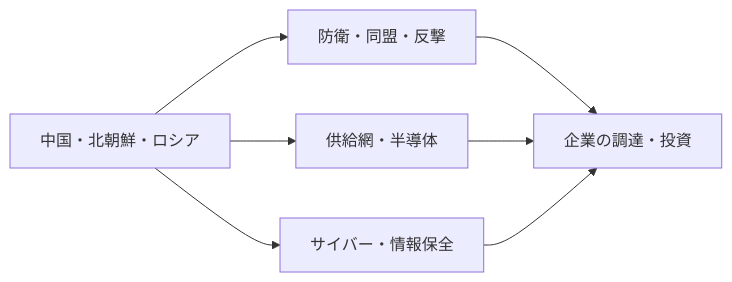
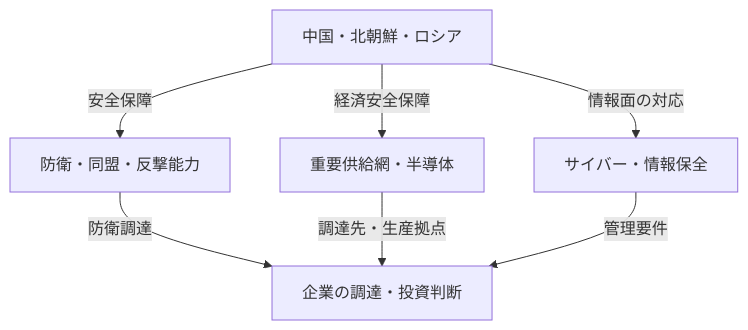
Before and after one commit to daylight55/research: the diagram in articles/report/japan-security-economic-security/ja/index.mdx, drawn with Mermaid. The commit also changed 181 other files, not shown here.

First line of the commit message:
全記事の図解368点を再生成し、共通注意書きを削除 (#402)

````diff
--- a/articles/report/japan-security-economic-security/ja/index.mdx
+++ b/articles/report/japan-security-economic-security/ja/index.mdx
@@ -28,9 +28,16 @@
 ```mermaid
-flowchart LR
-  Threat["中国・北朝鮮・ロシア"] --> Defense["防衛・同盟・反撃"]
-  Threat --> Supply["供給網・半導体"]
-  Threat --> Cyber["サイバー・情報保全"]
-  Defense --> Firms["企業の調達・投資"]
-  Supply --> Firms
-  Cyber --> Firms
+flowchart TD
+  accTitle: 安全保障の変化が企業の調達・投資へ届く
+  accDescr: 防衛・同盟、重要供給網、サイバー・情報保全の三つの経路が企業判断に関わる。
+  N0["中国・北朝鮮・ロシア"]
+  N1["防衛・同盟・反撃能力"]
+  N2["重要供給網・半導体"]
+  N3["サイバー・情報保全"]
+  N4["企業の調達・投資判断"]
+  N0 -->|安全保障| N1
+  N0 -->|経済安全保障| N2
+  N0 -->|情報面の対応| N3
+  N1 -->|防衛調達| N4
+  N2 -->|調達先・生産拠点| N4
+  N3 -->|管理要件| N4
 ```
````
